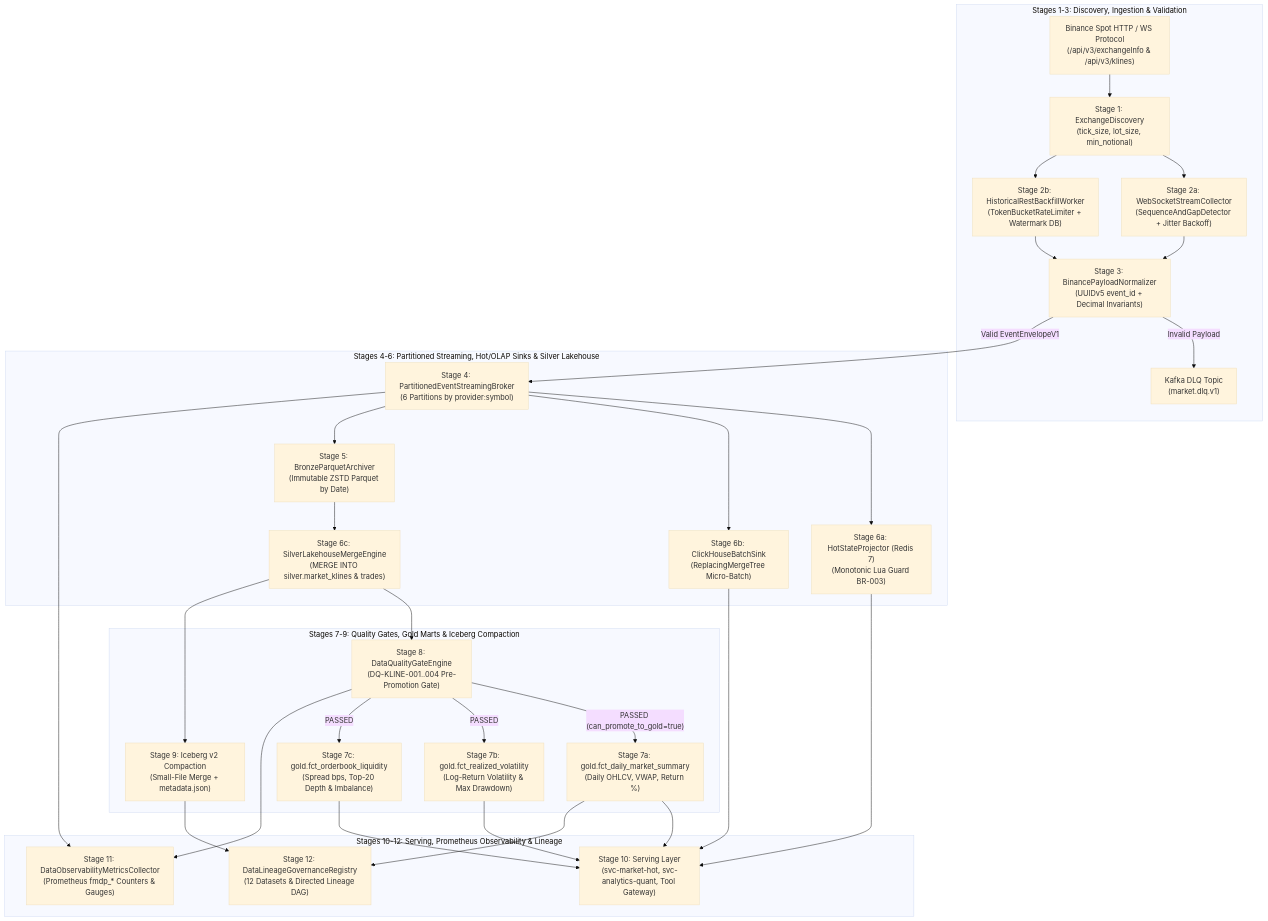
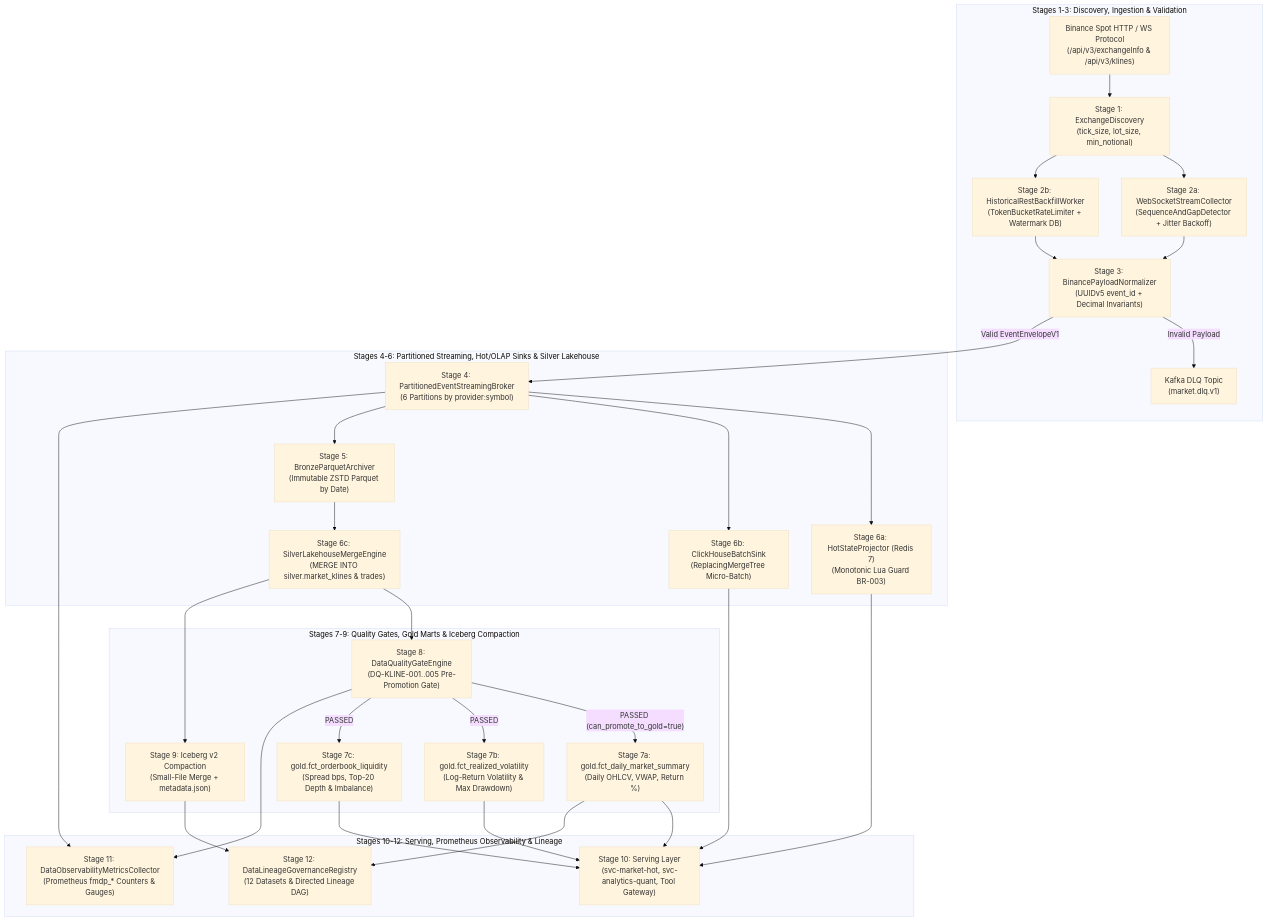
Before and after one commit to DungTran1201/FinancialMarketDataPlatform: the diagram in docs/diagrams/data-platform/08-end-to-end-data-platform-v01-pipeline.md, drawn with Mermaid (base theme). The commit also changed 6 other files, not shown here.

````diff
--- a/docs/diagrams/data-platform/08-end-to-end-data-platform-v01-pipeline.md
+++ b/docs/diagrams/data-platform/08-end-to-end-data-platform-v01-pipeline.md
@@ -11,59 +11,59 @@
 ```mermaid
 flowchart TD
     subgraph S1_S3["Stages 1-3: Discovery, Ingestion & Validation"]
         EX["Binance Spot HTTP / WS Protocol<br/>(/api/v3/exchangeInfo & /api/v3/klines)"]
         DISC["Stage 1: ExchangeDiscovery<br/>(tick_size, lot_size, min_notional)"]
         WS["Stage 2a: WebSocketStreamCollector<br/>(SequenceAndGapDetector + Jitter Backoff)"]
         REST["Stage 2b: HistoricalRestBackfillWorker<br/>(TokenBucketRateLimiter + Watermark DB)"]
         NORM["Stage 3: BinancePayloadNormalizer<br/>(UUIDv5 event_id + Decimal Invariants)"]
         DLQ["Kafka DLQ Topic<br/>(market.dlq.v1)"]
     end
 
     subgraph S4_S6["Stages 4-6: Partitioned Streaming, Hot/OLAP Sinks & Silver Lakehouse"]
         KAFKA["Stage 4: PartitionedEventStreamingBroker<br/>(6 Partitions by provider:symbol)"]
         REDIS["Stage 6a: HotStateProjector (Redis 7)<br/>(Monotonic Lua Guard BR-003)"]
         CH["Stage 6b: ClickHouseBatchSink<br/>(ReplacingMergeTree Micro-Batch)"]
         BRONZE["Stage 5: BronzeParquetArchiver<br/>(Immutable ZSTD Parquet by Date)"]
         SILVER["Stage 6c: SilverLakehouseMergeEngine<br/>(MERGE INTO silver.market_klines & trades)"]
     end
 
     subgraph S7_S9["Stages 7-9: Quality Gates, Gold Marts & Iceberg Compaction"]
-        DQ["Stage 8: DataQualityGateEngine<br/>(DQ-KLINE-001..004 Pre-Promotion Gate)"]
+        DQ["Stage 8: DataQualityGateEngine<br/>(DQ-KLINE-001..005 Pre-Promotion Gate)"]
         GOLD1["Stage 7a: gold.fct_daily_market_summary<br/>(Daily OHLCV, VWAP, Return %)"]
         GOLD2["Stage 7b: gold.fct_realized_volatility<br/>(Log-Return Volatility & Max Drawdown)"]
         GOLD3["Stage 7c: gold.fct_orderbook_liquidity<br/>(Spread bps, Top-20 Depth & Imbalance)"]
         COMP["Stage 9: Iceberg v2 Compaction<br/>(Small-File Merge + metadata.json)"]
     end
 
     subgraph S10_S12["Stages 10-12: Serving, Prometheus Observability & Lineage"]
         SERVE["Stage 10: Serving Layer<br/>(svc-market-hot, svc-analytics-quant, Tool Gateway)"]
         PROM["Stage 11: DataObservabilityMetricsCollector<br/>(Prometheus fmdp_* Counters & Gauges)"]
         LIN["Stage 12: DataLineageGovernanceRegistry<br/>(12 Datasets & Directed Lineage DAG)"]
     end
 
     EX --> DISC
     DISC --> WS
     DISC --> REST
     WS --> NORM
     REST --> NORM
     NORM -- "Invalid Payload" --> DLQ
     NORM -- "Valid EventEnvelopeV1" --> KAFKA
     KAFKA --> REDIS
     KAFKA --> CH
     KAFKA --> BRONZE
     BRONZE --> SILVER
     SILVER --> DQ
     DQ -- "PASSED (can_promote_to_gold=true)" --> GOLD1
     DQ -- "PASSED" --> GOLD2
     DQ -- "PASSED" --> GOLD3
     SILVER --> COMP
     REDIS --> SERVE
     CH --> SERVE
     GOLD1 --> SERVE
     GOLD2 --> SERVE
     GOLD3 --> SERVE
     KAFKA --> PROM
     DQ --> PROM
     GOLD1 --> LIN
     COMP --> LIN
 ```
````
